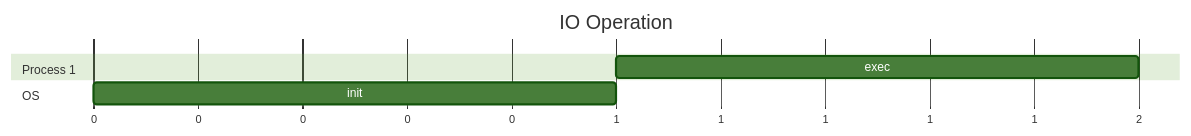
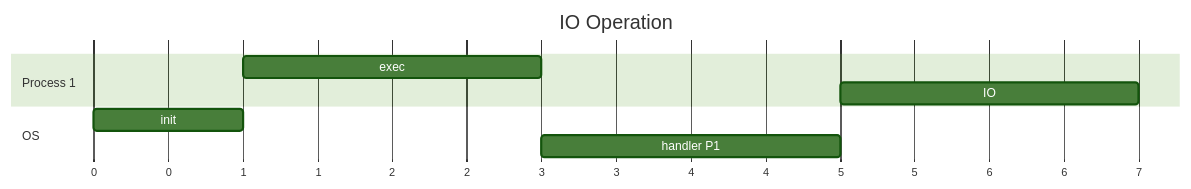
The diagram in CS/OS/data/21_Intro.md (angelromarco04/MyNotes), drawn with Mermaid (forest theme) before and after one commit.

Commit message:
vault backup: 2024-03-24 18:41:42

````diff
--- a/CS/OS/data/21_Intro.md
+++ b/CS/OS/data/21_Intro.md
@@ -60,14 +60,16 @@
 ```mermaid
 gantt
     title IO Operation
     dateFormat X
     axisFormat %s
     
     section Process 2
         
     section Process 1
-	    exec    : after os1, 2
+	    exec    : p1_1, after os_1, 3
+	    IO      : p1_2, after os_2, 7
 
 	section OS
-		init    : os1, 00, 1
+		init           : os_1, 0, 1
+		handler P1     : os_2, after p1_1, 5
 ```
````
